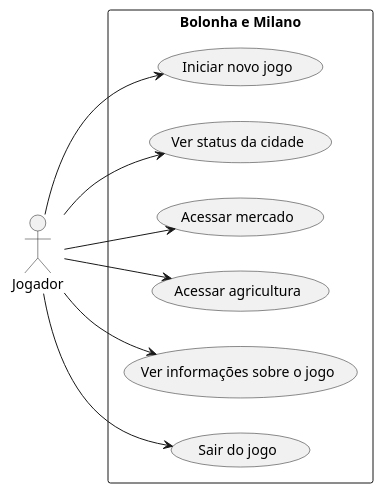
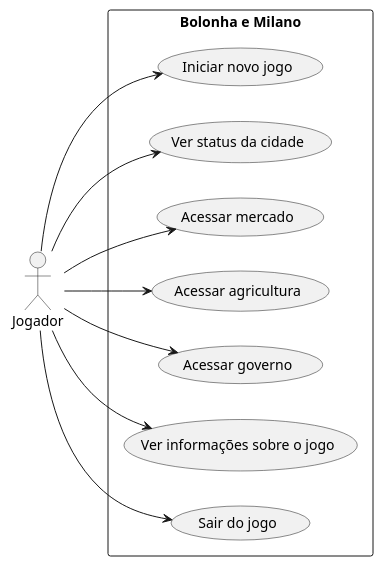
The diagram in casos-de-uso/casos-de-uso.puml (guipoliver/Bolonha-e-Milano), drawn with PlantUML before and after one commit. The commit also changed 13 other files, not shown here.

Commit message:
Etapa 5: impostos, classe Governo, submenu e diagramas

```diff
--- a/casos-de-uso/casos-de-uso.puml
+++ b/casos-de-uso/casos-de-uso.puml
@@ -1,20 +1,22 @@
 @startuml
 left to right direction
 actor Jogador
 
 rectangle "Bolonha e Milano" {
-  usecase "Iniciar novo jogo" as UC1
-  usecase "Ver status da cidade" as UC2
-  usecase "Acessar mercado" as UC3
-  usecase "Acessar agricultura" as UC4
-  usecase "Ver informações sobre o jogo" as UC5
-  usecase "Sair do jogo" as UC6
+  usecase "Iniciar novo jogo" as U0
+  usecase "Ver status da cidade" as U1
+  usecase "Acessar mercado" as U2
+  usecase "Acessar agricultura" as U3
+  usecase "Acessar governo" as U4
+  usecase "Ver informações sobre o jogo" as U5
+  usecase "Sair do jogo" as U6
 }
 
-Jogador --> UC1
-Jogador --> UC2
-Jogador --> UC3
-Jogador --> UC4
-Jogador --> UC5
-Jogador --> UC6
+Jogador --> U0
+Jogador --> U1
+Jogador --> U2
+Jogador --> U3
+Jogador --> U4
+Jogador --> U5
+Jogador --> U6
 @enduml
```
